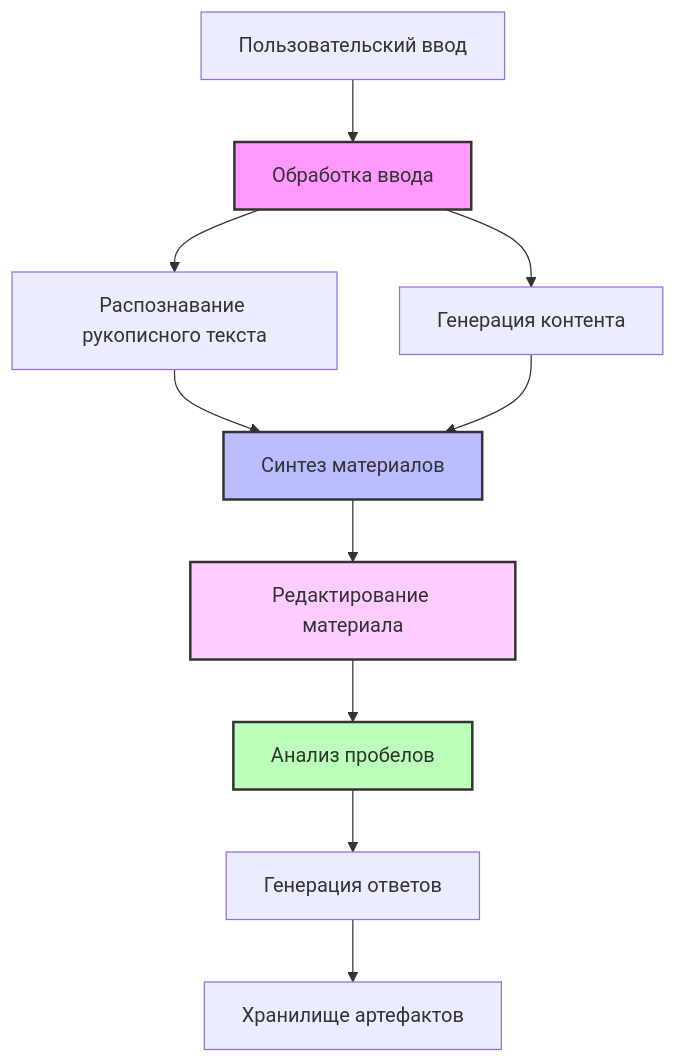
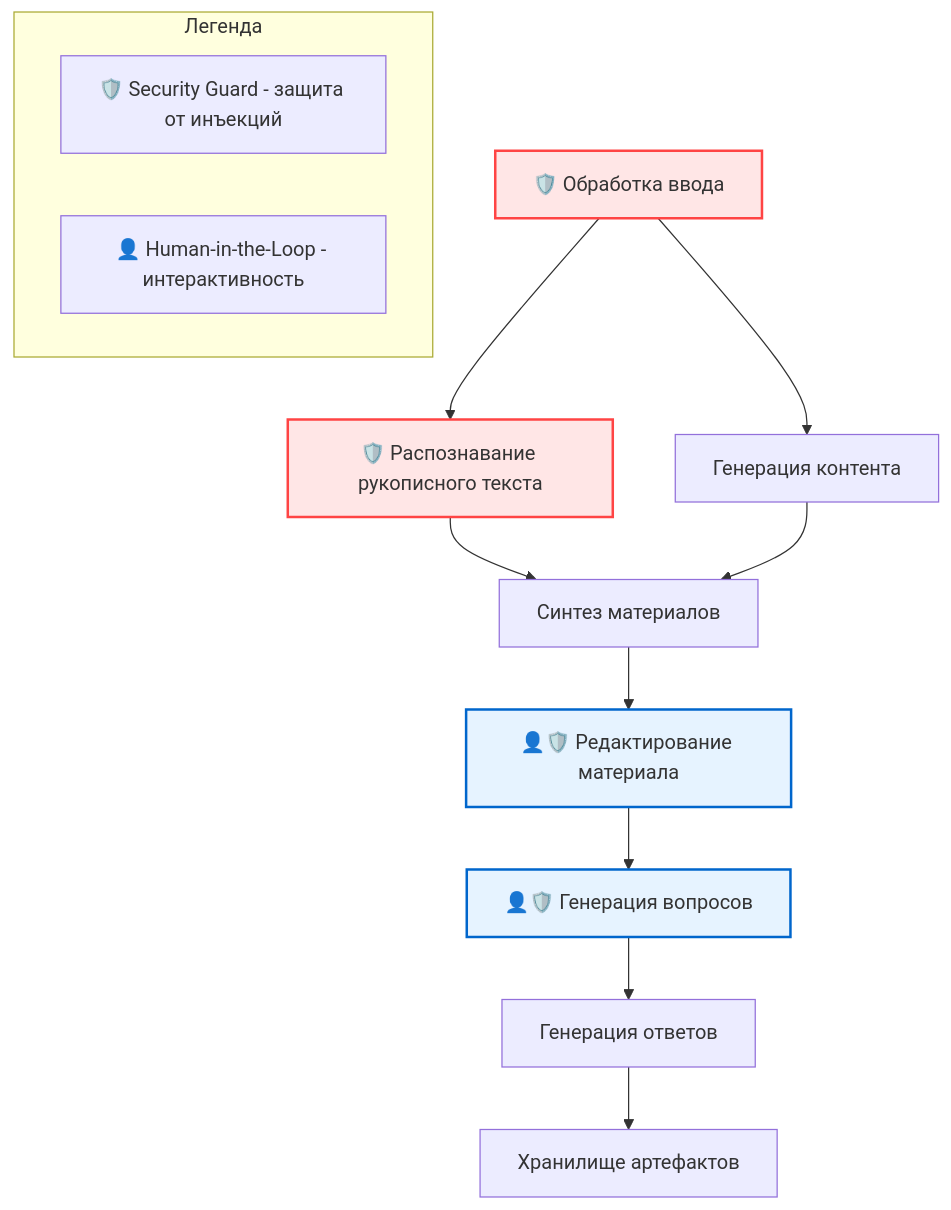
Before and after one commit to Bbar0n234/learnflow-ai: the first of 3 diagrams in README.md, drawn with Mermaid. The commit also changed other lines of this file and 58 other files, not shown here.

````diff
--- a/README.md
+++ b/README.md
@@ -144,17 +129,21 @@
 ```mermaid
 graph TD
-    A[Пользовательский ввод] --> B[Обработка ввода]
-    B --> C[Генерация контента]
-    B --> D[Распознавание рукописного текста]
-    D --> E[Синтез материалов]
-    C --> E
-    E --> F[Редактирование материала]
-    F --> G[Анализ пробелов]
-    G --> H[Генерация ответов]
-    H --> I[Хранилище артефактов]
+    subgraph "Легенда"
+      L1[🛡️ Security Guard - защита от инъекций]
+      L2[👤 Human-in-the-Loop - интерактивность]
+    end
     
-    style B fill:#f9f,stroke:#333,stroke-width:2px
-    style E fill:#bbf,stroke:#333,stroke-width:2px
-    style F fill:#fcf,stroke:#333,stroke-width:2px
-    style G fill:#bfb,stroke:#333,stroke-width:2px
+    A[🛡️ Обработка ввода] --> B[Генерация контента]
+    A --> C[🛡️ Распознавание рукописного текста]
+    C --> D[Синтез материалов]
+    B --> D
+    D --> E[👤🛡️ Редактирование материала]
+    E --> F[👤🛡️ Генерация вопросов]
+    F --> G[Генерация ответов]
+    G --> H[Хранилище артефактов]
+    
+    style A fill:#ffe6e6,stroke:#ff4444,stroke-width:2px
+    style C fill:#ffe6e6,stroke:#ff4444,stroke-width:2px
+    style E fill:#e6f3ff,stroke:#0066cc,stroke-width:2px
+    style F fill:#e6f3ff,stroke:#0066cc,stroke-width:2px
 ```
````
